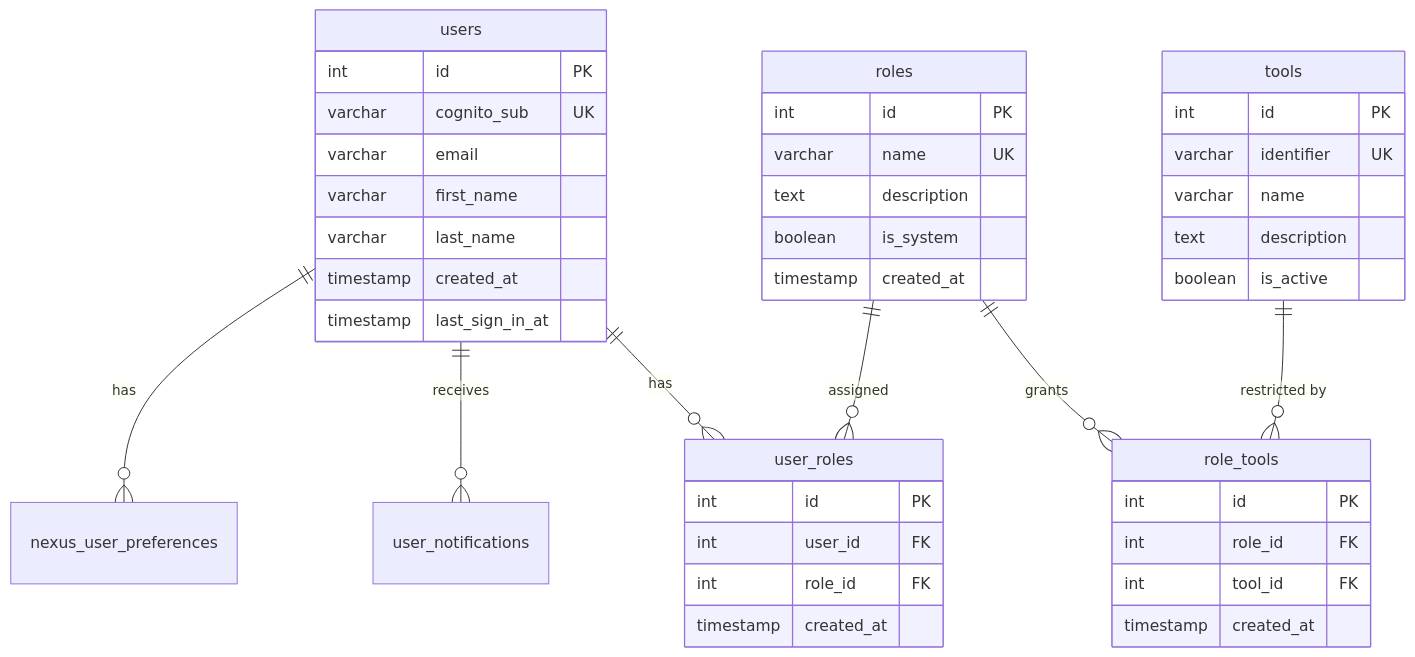
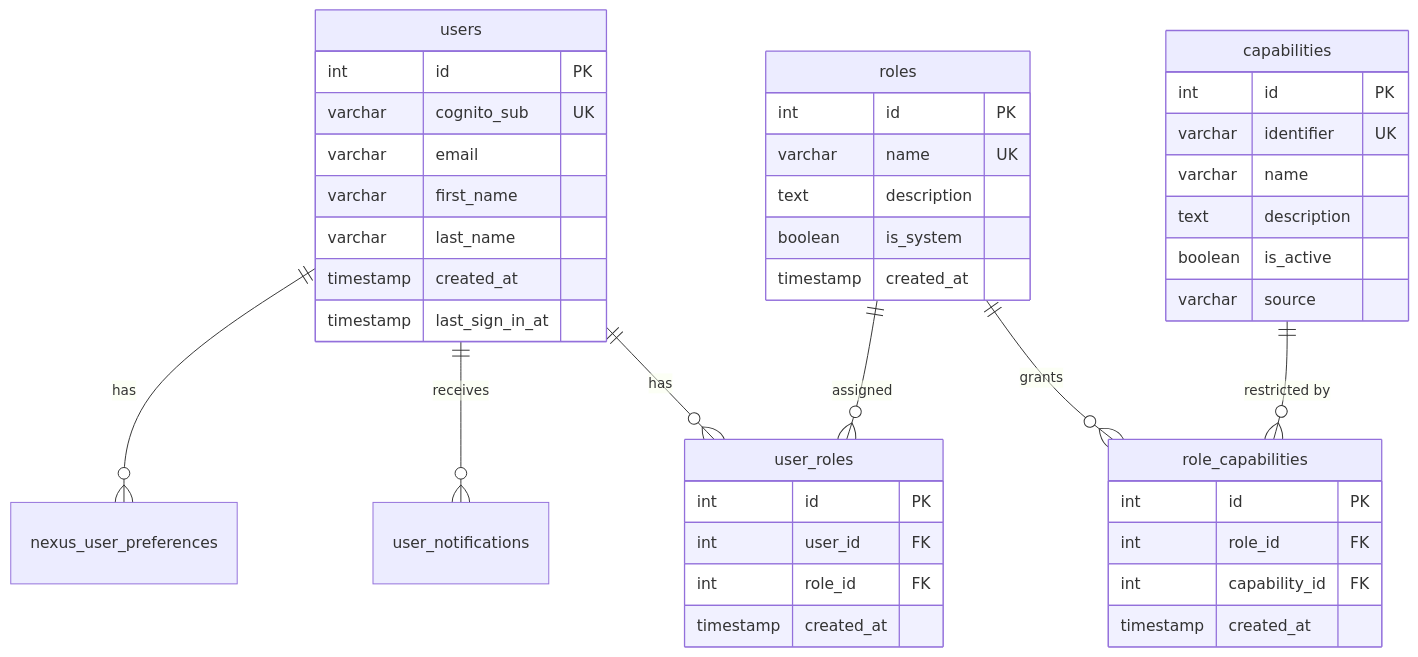
The first of 11 diagrams in docs/diagrams/04-database-erd.md (psd401/aistudio), drawn with Mermaid before and after one commit. The commit also changed 51 other files, not shown here.

````diff
--- a/docs/diagrams/04-database-erd.md
+++ b/docs/diagrams/04-database-erd.md
@@ -7,48 +7,49 @@
 ```mermaid
 erDiagram
     users ||--o{ user_roles : has
     users ||--o{ user_notifications : receives
     users ||--o{ nexus_user_preferences : has
     users {
         int id PK
         varchar cognito_sub UK
         varchar email
         varchar first_name
         varchar last_name
         timestamp created_at
         timestamp last_sign_in_at
     }
 
     roles ||--o{ user_roles : assigned
-    roles ||--o{ role_tools : grants
+    roles ||--o{ role_capabilities : grants
     roles {
         int id PK
         varchar name UK
         text description
         boolean is_system
         timestamp created_at
     }
 
-    tools ||--o{ role_tools : "restricted by"
-    tools {
+    capabilities ||--o{ role_capabilities : "restricted by"
+    capabilities {
         int id PK
         varchar identifier UK
         varchar name
         text description
         boolean is_active
+        varchar source
     }
 
     user_roles {
         int id PK
         int user_id FK
         int role_id FK
         timestamp created_at
     }
 
-    role_tools {
+    role_capabilities {
         int id PK
         int role_id FK
-        int tool_id FK
+        int capability_id FK
         timestamp created_at
     }
 ```
````
